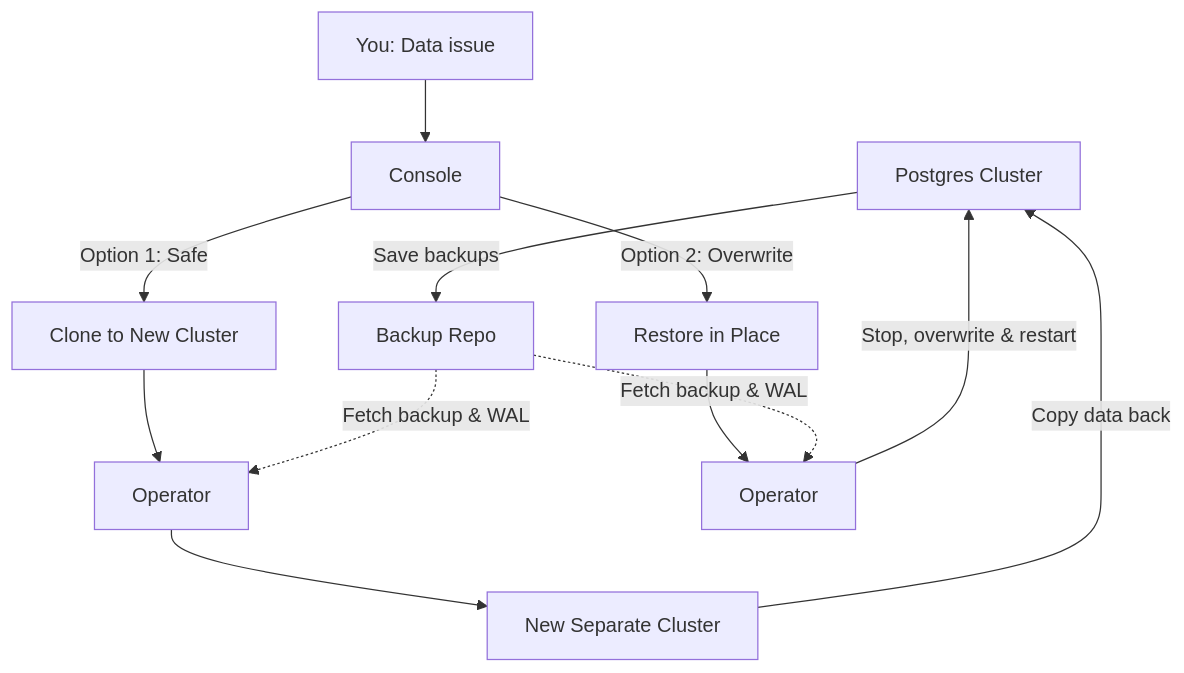
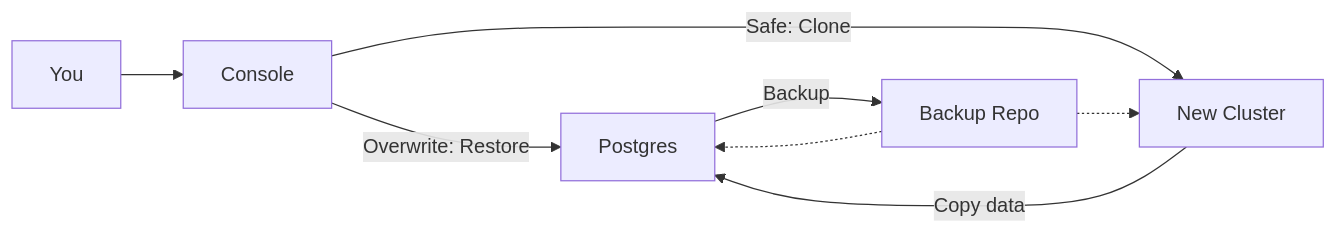
The third of 3 diagrams in console.md (rabhinav0906/Readme-changes), drawn with Mermaid before and after one commit.

````diff
--- a/console.md
+++ b/console.md
@@ -1015,16 +1015,10 @@
 ```mermaid
-flowchart TD
-    P[Postgres Cluster] -->|Save backups| R[Backup Repo]
-    U[You: Data issue] --> C[Console]
-
-    C -->|Option 1: Safe| Clone[Clone to New Cluster]
-    Clone --> O1[Operator]
-    R -.->|Fetch backup & WAL| O1
-    O1 --> NewP[New Separate Cluster]
-    NewP -->|Copy data back| P
-
-    C -->|Option 2: Overwrite| Restore[Restore in Place]
-    Restore --> O2[Operator]
-    R -.->|Fetch backup & WAL| O2
-    O2 -->|Stop, overwrite & restart| P
+flowchart LR
+    P[Postgres] -->|Backup| R[Backup Repo]
+    U[You] --> C[Console]
+    C -->|Safe: Clone| NewP[New Cluster]
+    R -.-> NewP
+    NewP -->|Copy data| P
+    C -->|Overwrite: Restore| P
+    R -.-> P
 ```
````
